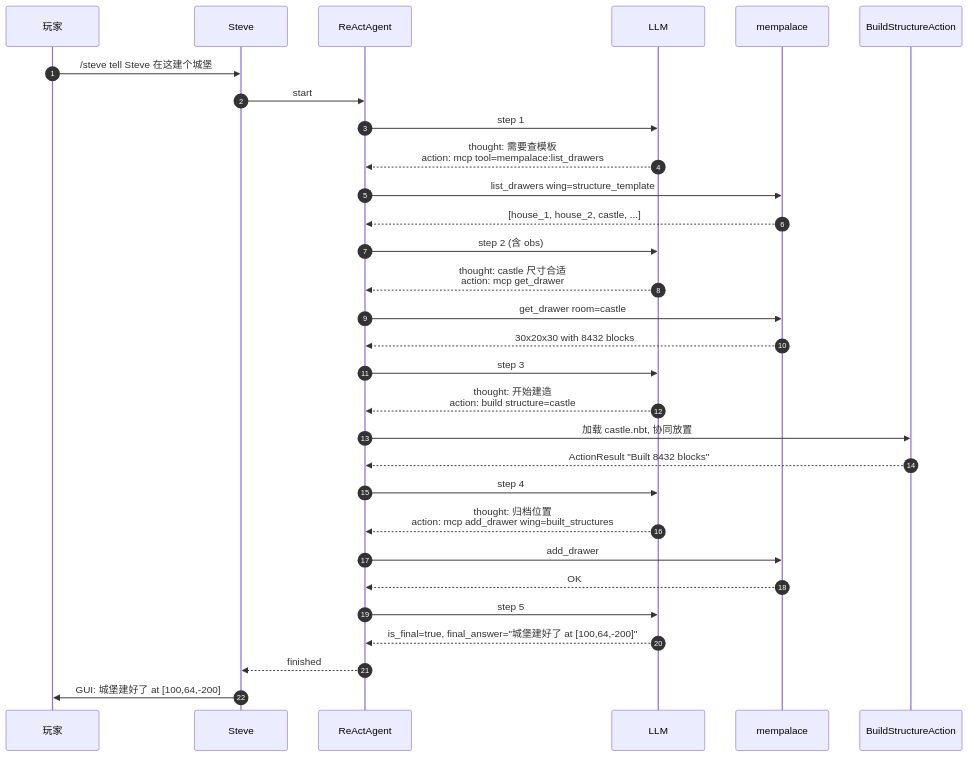
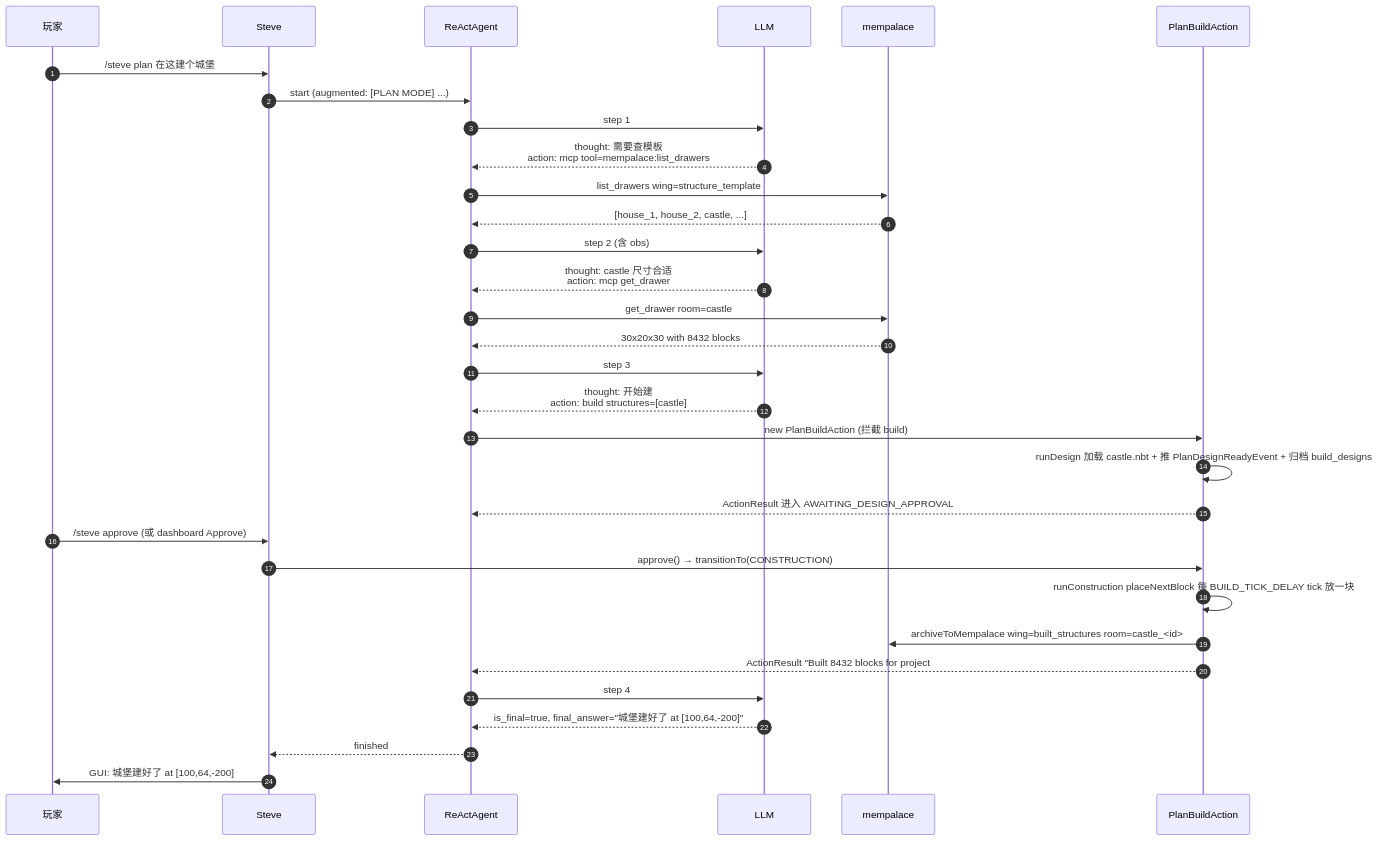
The fifth of 5 diagrams in docs/hackathon/01-mempalace-integration.md (YuvDwi/Steve), drawn with Mermaid before and after one commit. The commit also changed other lines of this file, not shown here.

First line of the commit message:
docs(hackathon): update mempalace integration to PlanBuildAction

````diff
--- a/docs/hackathon/01-mempalace-integration.md
+++ b/docs/hackathon/01-mempalace-integration.md
@@ -353,33 +354,35 @@
 ```mermaid
 sequenceDiagram
     autonumber
     participant H as 玩家
     participant S as Steve
     participant A as ReActAgent
     participant L as LLM
     participant M as mempalace
-    participant W as BuildStructureAction
+    participant P as PlanBuildAction
 
-    H->>S: /steve tell Steve 在这建个城堡
-    S->>A: start
+    H->>S: /steve plan 在这建个城堡
+    S->>A: start (augmented: [PLAN MODE] ...)
     A->>L: step 1
     L-->>A: thought: 需要查模板<br/>action: mcp tool=mempalace:list_drawers
     A->>M: list_drawers wing=structure_template
     M-->>A: [house_1, house_2, castle, ...]
     A->>L: step 2 (含 obs)
     L-->>A: thought: castle 尺寸合适<br/>action: mcp get_drawer
     A->>M: get_drawer room=castle
     M-->>A: 30x20x30 with 8432 blocks
     A->>L: step 3
-    L-->>A: thought: 开始建造<br/>action: build structure=castle
-    A->>W: 加载 castle.nbt, 协同放置
-    W-->>A: ActionResult "Built 8432 blocks"
+    L-->>A: thought: 开始建<br/>action: build structures=[castle]
+    A->>P: new PlanBuildAction (拦截 build)
+    P->>P: runDesign 加载 castle.nbt + 推 PlanDesignReadyEvent + 归档 build_designs
+    P-->>A: ActionResult 进入 AWAITING_DESIGN_APPROVAL
+    H->>S: /steve approve (或 dashboard Approve)
+    S->>P: approve() → transitionTo(CONSTRUCTION)
+    P->>P: runConstruction placeNextBlock 每 BUILD_TICK_DELAY tick 放一块
+    P->>M: archiveToMempalace wing=built_structures room=castle_<id>
+    P-->>A: ActionResult "Built 8432 blocks for project #<id>"
     A->>L: step 4
-    L-->>A: thought: 归档位置<br/>action: mcp add_drawer wing=built_structures
-    A->>M: add_drawer
-    M-->>A: OK
-    A->>L: step 5
     L-->>A: is_final=true, final_answer="城堡建好了 at [100,64,-200]"
     A-->>S: finished
     S->>H: GUI: 城堡建好了 at [100,64,-200]
 ```
````
